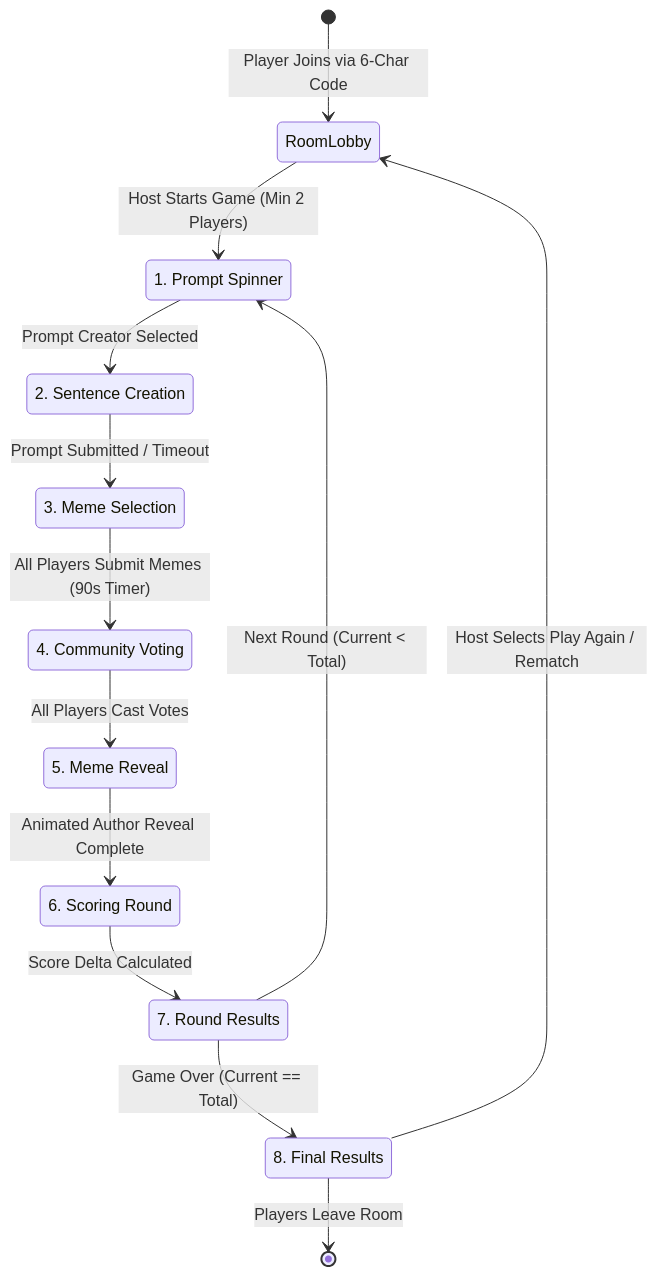
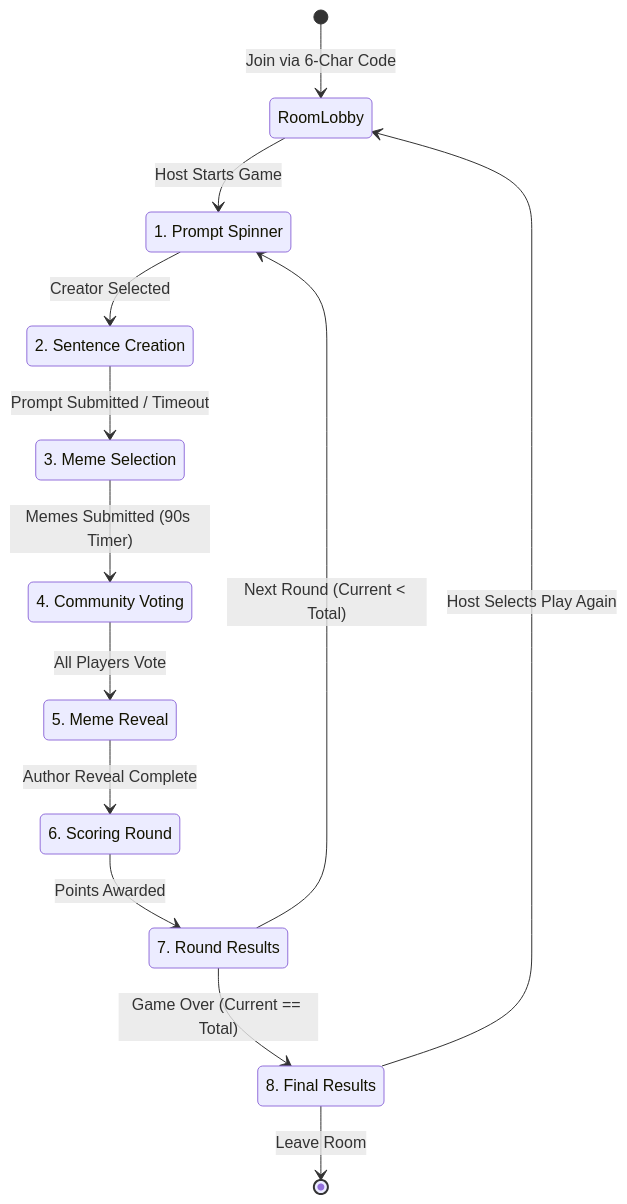
One commit to subhash-22-codes/MemeGame changed the first of 2 diagrams in README.md. Above: the diagram before and after it, drawn with Mermaid. The commit also changed other lines of this file, not shown here.

````diff
--- a/README.md
+++ b/README.md
@@ -116,25 +53,25 @@
 ```mermaid
 stateDiagram-v2
-    [*] --> RoomLobby: Player Joins via 6-Char Code
-    RoomLobby --> promptSpinner: Host Starts Game (Min 2 Players)
+    [*] --> RoomLobby: Join via 6-Char Code
+    RoomLobby --> promptSpinner: Host Starts Game
     
     state "1. Prompt Spinner" as promptSpinner
     state "2. Sentence Creation" as sentenceCreation
     state "3. Meme Selection" as memeSelection
     state "4. Community Voting" as voting
     state "5. Meme Reveal" as memeReveal
     state "6. Scoring Round" as scoring
     state "7. Round Results" as results
     state "8. Final Results" as finalResults
     
-    promptSpinner --> sentenceCreation: Prompt Creator Selected
+    promptSpinner --> sentenceCreation: Creator Selected
     sentenceCreation --> memeSelection: Prompt Submitted / Timeout
-    memeSelection --> voting: All Players Submit Memes (90s Timer)
-    voting --> memeReveal: All Players Cast Votes
-    memeReveal --> scoring: Animated Author Reveal Complete
-    scoring --> results: Score Delta Calculated
+    memeSelection --> voting: Memes Submitted (90s Timer)
+    voting --> memeReveal: All Players Vote
+    memeReveal --> scoring: Author Reveal Complete
+    scoring --> results: Points Awarded
     results --> promptSpinner: Next Round (Current < Total)
     results --> finalResults: Game Over (Current == Total)
-    finalResults --> RoomLobby: Host Selects Play Again / Rematch
-    finalResults --> [*]: Players Leave Room
+    finalResults --> RoomLobby: Host Selects Play Again
+    finalResults --> [*]: Leave Room
 ```
````
